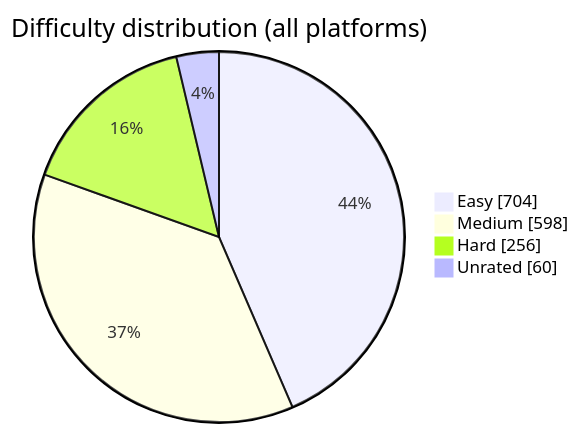
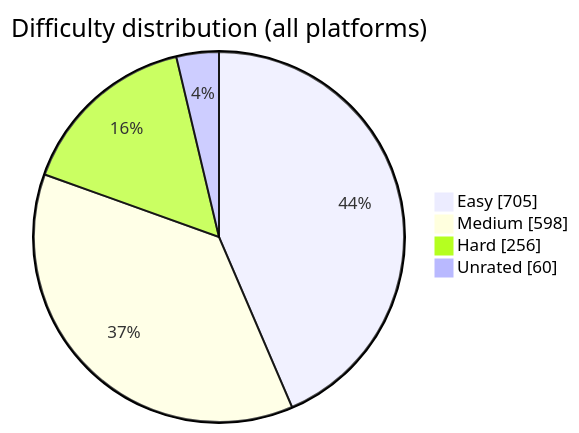
One commit to BuildbyArindam/Daily-Coding-Log changed the diagram in README.md. Above: the diagram before and after it, drawn with Mermaid. The commit also changed other lines of this file, not shown here.

````diff
--- a/README.md
+++ b/README.md
@@ -93,7 +93,7 @@
 ```mermaid
 pie showData title Difficulty distribution (all platforms)
-    "Easy" : 704
+    "Easy" : 705
     "Medium" : 598
     "Hard" : 256
     "Unrated" : 60
 ```
````
